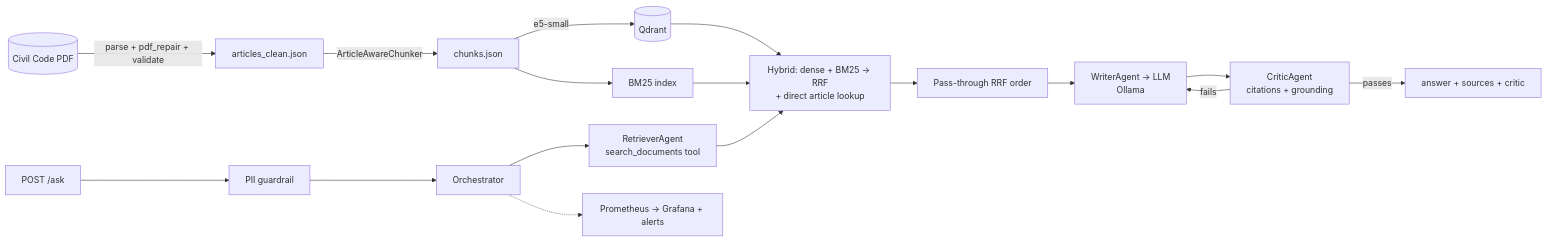
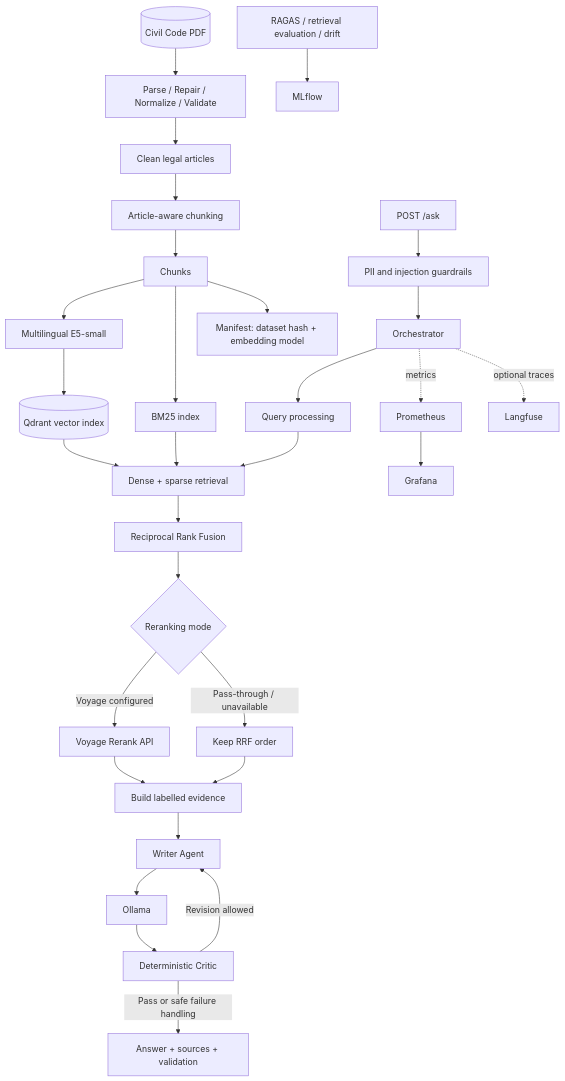
Before and after one commit to alinasr2pp0/Legal_RAG: the diagram in README.md, drawn with Mermaid. The commit also changed other lines of this file and 9 other files, not shown here.

First line of the commit message:
Update project for full RAGAS evaluation and monitoring

````diff
--- a/README.md
+++ b/README.md
@@ -6,19 +42,33 @@
 ```mermaid
-flowchart LR
-    PDF[(Civil Code PDF)] -->|parse + pdf_repair + validate| ART[articles_clean.json]
-    ART -->|ArticleAwareChunker| CH[chunks.json]
-    CH -->|e5-small| VS[(Qdrant)]
-    CH --> BM[BM25 index]
-    Q[POST /ask] --> G[PII guardrail]
-    G --> O[Orchestrator]
-    O --> R[RetrieverAgent<br/>search_documents tool]
-    R --> H[Hybrid: dense + BM25 → RRF<br/>+ direct article lookup]
-    VS --> H
-    BM --> H
-    H --> RR[Pass-through RRF order]
-    RR --> W[WriterAgent → LLM<br/>Ollama]
-    W --> C[CriticAgent<br/>citations + grounding]
-    C -->|fails| W
-    C -->|passes| A[answer + sources + critic]
-    O -.-> PR[Prometheus → Grafana + alerts]
+flowchart TD
+    PDF[(Civil Code PDF)] --> ING[Parse / Repair / Normalize / Validate]
+    ING --> ART[Clean legal articles]
+    ART --> CH[Article-aware chunking]
+    CH --> DATA[Chunks]
+    DATA --> EMB[Multilingual E5-small]
+    EMB --> IDX[(Qdrant vector index)]
+    DATA --> BM[BM25 index]
+    DATA --> MAN[Manifest: dataset hash + embedding model]
+
+    Q[POST /ask] --> PII[PII and injection guardrails]
+    PII --> ORC[Orchestrator]
+    ORC --> QP[Query processing]
+    QP --> RET[Dense + sparse retrieval]
+    IDX --> RET
+    BM --> RET
+    RET --> RRF[Reciprocal Rank Fusion]
+    RRF --> RR{Reranking mode}
+    RR -->|Voyage configured| VR[Voyage Rerank API]
+    RR -->|Pass-through / unavailable| PT[Keep RRF order]
+    VR --> CTX[Build labelled evidence]
+    PT --> CTX
+    CTX --> WR[Writer Agent]
+    WR --> LLM[Ollama]
+    LLM --> CR[Deterministic Critic]
+    CR -->|Revision allowed| WR
+    CR -->|Pass or safe failure handling| OUT[Answer + sources + validation]
+    ORC -. metrics .-> PROM[Prometheus]
+    PROM --> GRAF[Grafana]
+    ORC -. optional traces .-> LF[Langfuse]
+    EV[RAGAS / retrieval evaluation / drift] --> MLF[MLflow]
 ```
````
